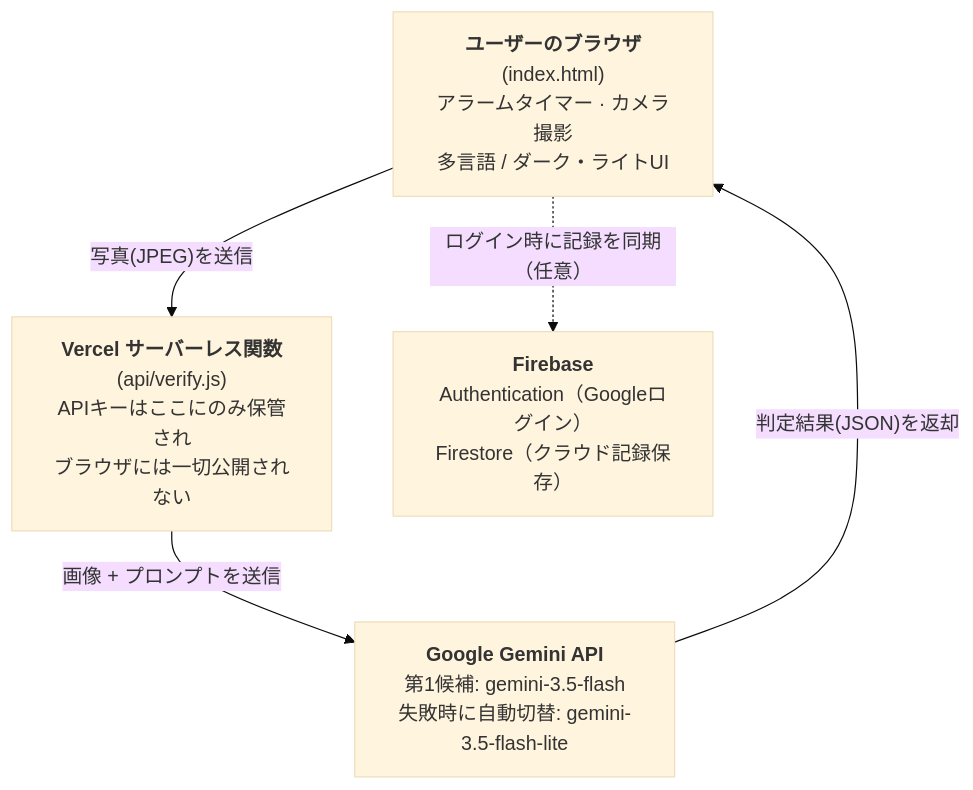
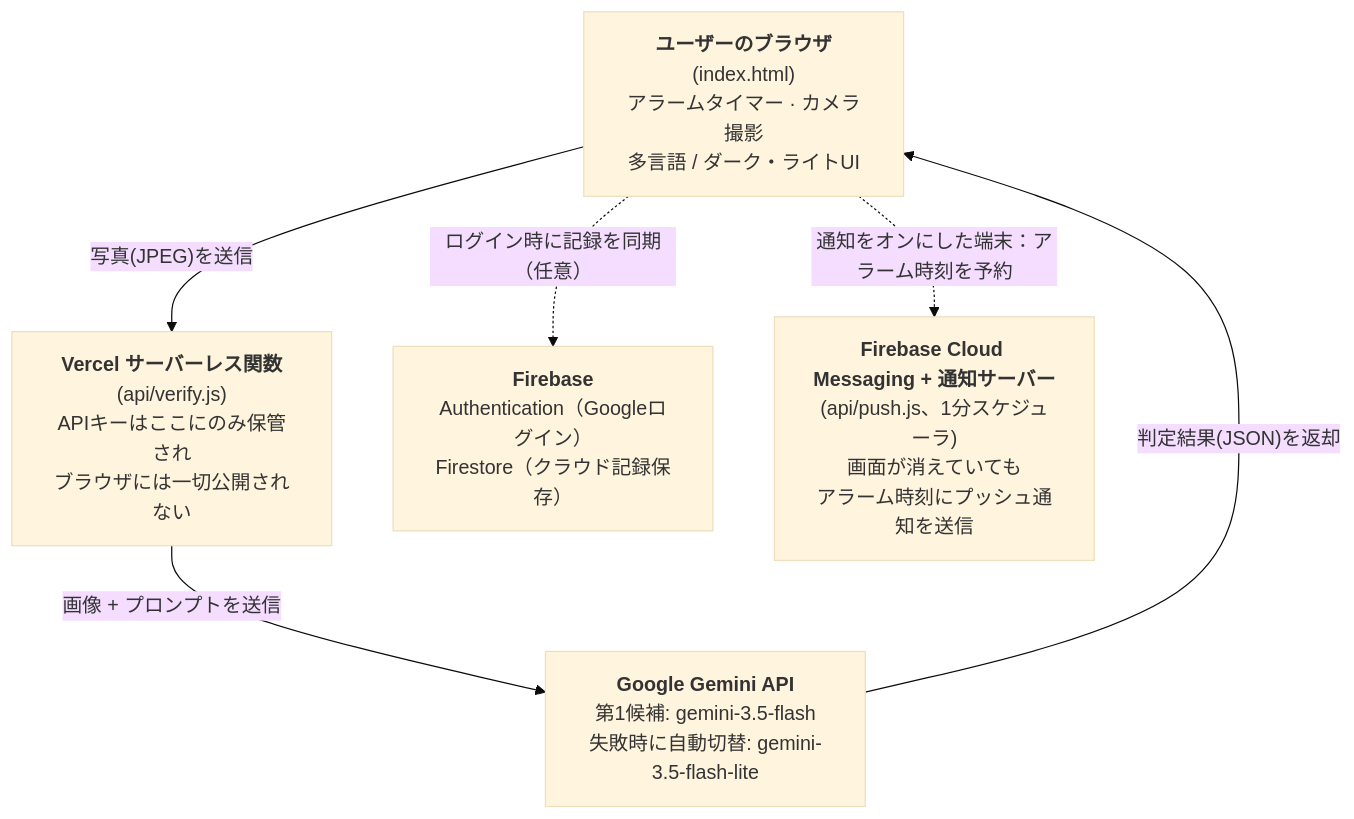
One commit to ljh30581712-beep/drink-water changed the diagram in README.ja.md. Above: the diagram before and after it, drawn with Mermaid (base theme). The commit also changed other lines of this file and 3 other files, not shown here.

````diff
--- a/README.ja.md
+++ b/README.ja.md
@@ -62,12 +62,14 @@
 ```mermaid
 graph TD
     A["<b>ユーザーのブラウザ</b><br/>(index.html)<br/>アラームタイマー · カメラ撮影<br/>多言語 / ダーク・ライトUI"]
     B["<b>Vercel サーバーレス関数</b><br/>(api/verify.js)<br/>APIキーはここにのみ保管され<br/>ブラウザには一切公開されない"]
     C["<b>Google Gemini API</b><br/>第1候補: gemini-3.5-flash<br/>失敗時に自動切替: gemini-3.5-flash-lite"]
     D["<b>Firebase</b><br/>Authentication（Googleログイン）<br/>Firestore（クラウド記録保存）"]
 
     A -->|"写真(JPEG)を送信"| B
     B -->|"画像 + プロンプトを送信"| C
     C -->|"判定結果(JSON)を返却"| A
     A -.->|"ログイン時に記録を同期（任意）"| D
+    E["<b>Firebase Cloud Messaging + 通知サーバー</b><br/>(api/push.js、1分スケジューラ)<br/>画面が消えていても<br/>アラーム時刻にプッシュ通知を送信"]
+    A -.->|"通知をオンにした端末：アラーム時刻を予約"| E
 ```
````
